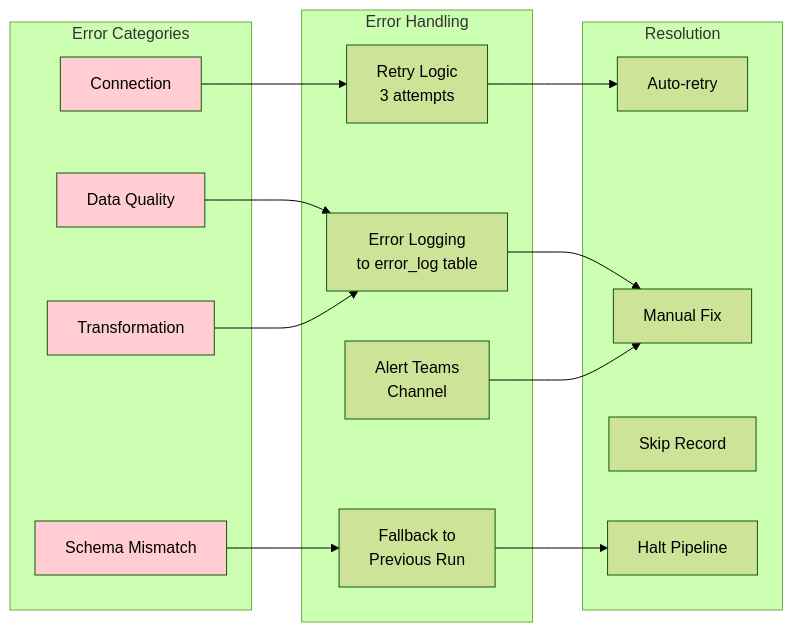
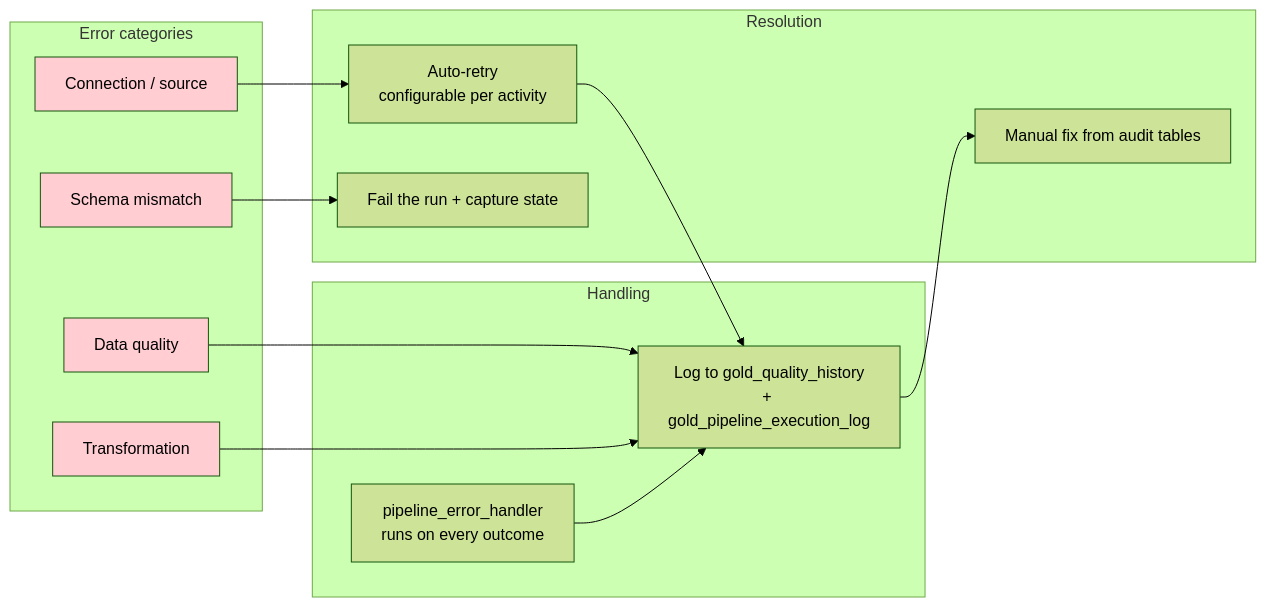
The fourth of 4 diagrams in docs/architecture/data-flow-diagram.md (erikemilsson/OEMMatInsightBI), drawn with Mermaid (forest theme) before and after one commit. The commit also changed other lines of this file and 4 other files, not shown here.

````diff
--- a/docs/architecture/data-flow-diagram.md
+++ b/docs/architecture/data-flow-diagram.md
@@ -188,38 +144,28 @@
 ```mermaid
 flowchart LR
-    subgraph Errors["Error Categories"]
-        E1[Data Quality]
-        E2[Schema Mismatch]
-        E3[Connection]
+    subgraph Cat["Error categories"]
+        E1[Data quality]
+        E2[Schema mismatch]
+        E3[Connection / source]
         E4[Transformation]
     end
-
-    subgraph Handling["Error Handling"]
-        H1[Retry Logic<br/>3 attempts]
-        H2[Error Logging<br/>to error_log table]
-        H3[Alert Teams<br/>Channel]
-        H4[Fallback to<br/>Previous Run]
+    subgraph Handle["Handling"]
+        H1[pipeline_error_handler<br/>runs on every outcome]
+        H2[Log to gold_quality_history<br/>+ gold_pipeline_execution_log]
     end
-
-    subgraph Resolution["Resolution"]
-        R1[Auto-retry]
-        R2[Manual Fix]
-        R3[Skip Record]
-        R4[Halt Pipeline]
+    subgraph Resolve["Resolution"]
+        R1[Auto-retry<br/>configurable per activity]
+        R2[Manual fix from audit tables]
+        R3[Fail the run + capture state]
     end
-
-    E1 --> H2
-    E2 --> H4
-    E3 --> H1
-    E4 --> H2
-
-    H1 --> R1
+    E1 & E4 --> H2
+    E3 --> R1
+    E2 --> R3
+    H1 --> H2
     H2 --> R2
-    H3 --> R2
-    H4 --> R4
-
+    R1 --> H2
     style E1 fill:#ffcdd2
     style E2 fill:#ffcdd2
     style E3 fill:#ffcdd2
     style E4 fill:#ffcdd2
 ```
````
